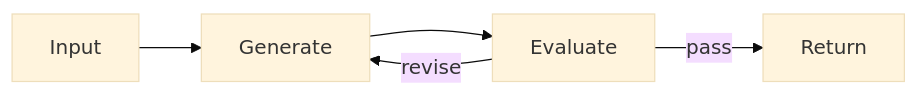
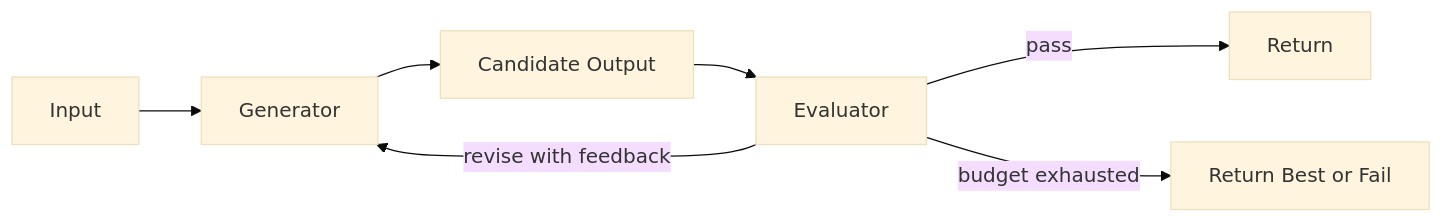
The diagram in book/docs/control-loops/evaluator-optimizer.md (GTuritto/Agentic-Systems-Patterns), drawn with Mermaid (base theme) before and after one commit. The commit also changed other lines of this file and 40 other files, not shown here.

````diff
--- a/book/docs/control-loops/evaluator-optimizer.md
+++ b/book/docs/control-loops/evaluator-optimizer.md
@@ -9,7 +32,9 @@
 ```mermaid
 flowchart LR
-  I[Input] --> G[Generate]
-  G --> E[Evaluate]
+  I[Input] --> G[Generator]
+  G --> O[Candidate Output]
+  O --> E[Evaluator]
   E -->|pass| R[Return]
-  E -->|revise| G
+  E -->|revise with feedback| G
+  E -->|budget exhausted| F[Return Best or Fail]
 ```
````
